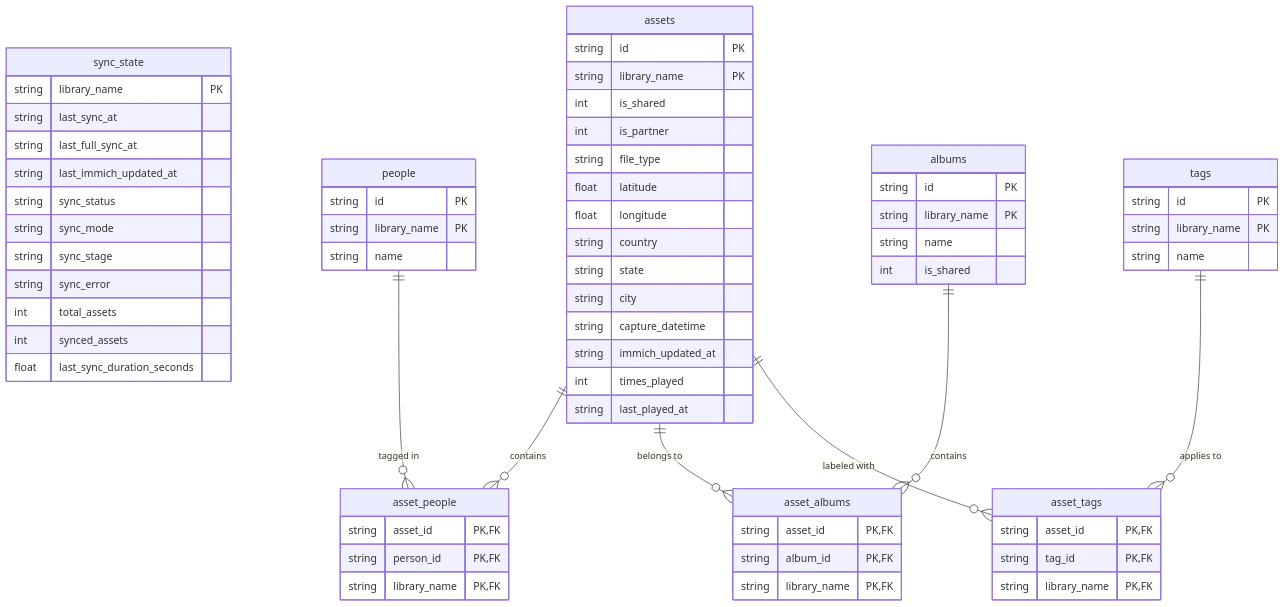
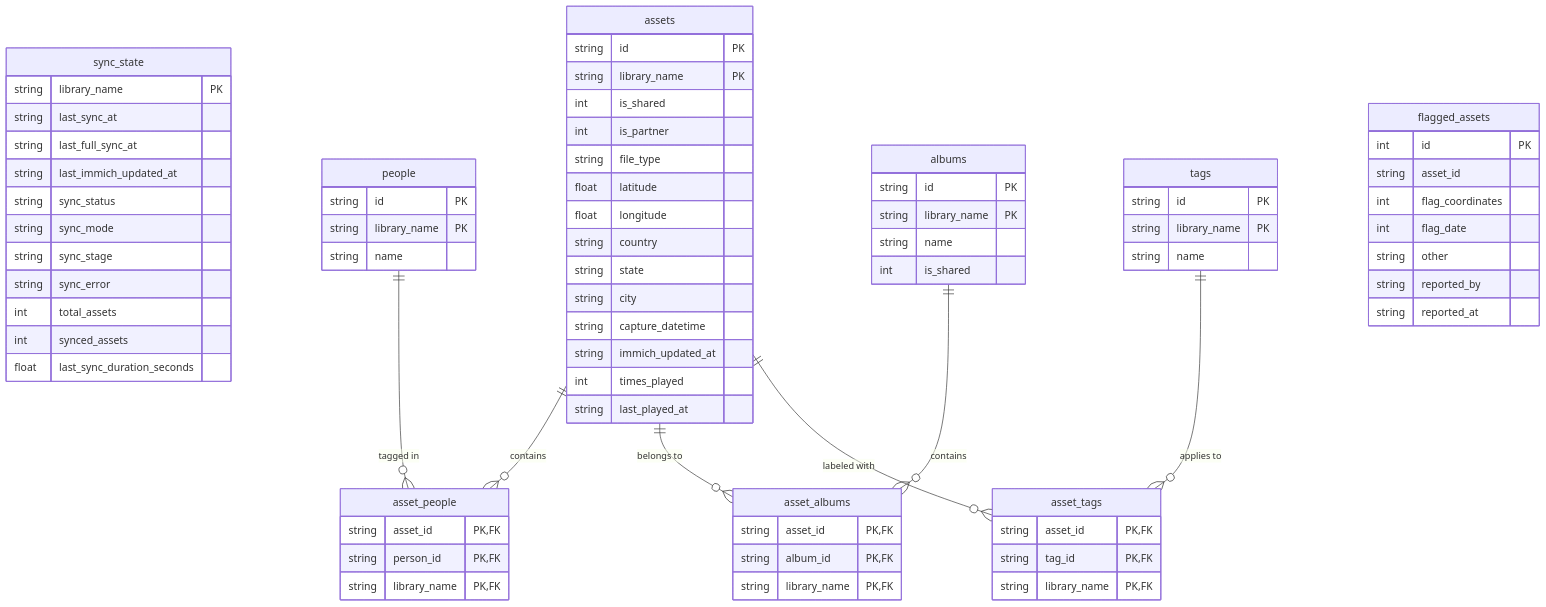
Before and after one commit to rafaelsavi/immich-quiz: the first of 3 diagrams in docs/SYNC.md, drawn with Mermaid. The commit also changed other lines of this file and 143 other files, not shown here.

```diff
--- a/docs/SYNC.md
+++ b/docs/SYNC.md
@@ -144,6 +145,16 @@
         string library_name PK, FK
     }
 
+    flagged_assets {
+        int id PK
+        string asset_id
+        int flag_coordinates
+        int flag_date
+        string other
+        string reported_by
+        string reported_at
+    }
+
     assets ||--o{ asset_people : "contains"
     people ||--o{ asset_people : "tagged in"
     assets ||--o{ asset_albums : "belongs to"
```
